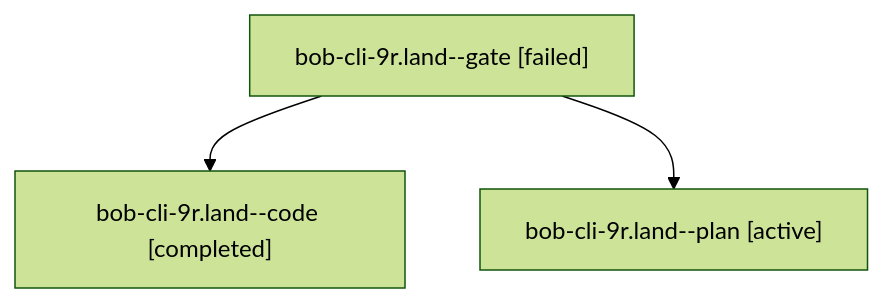
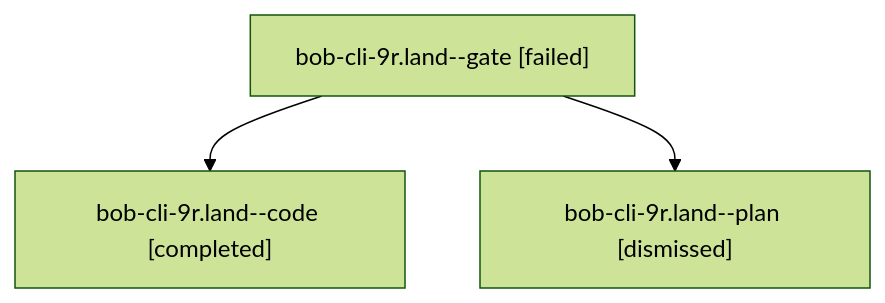
Before and after one commit to bobs-org/bob-cli--agents: the diagram in sessions/bbugyi200.athena.bob-cli-9r.land.md, drawn with Mermaid (forest theme). The commit also changed other lines of this file and 76 other files, not shown here.

````diff
--- a/sessions/bbugyi200.athena.bob-cli-9r.land.md
+++ b/sessions/bbugyi200.athena.bob-cli-9r.land.md
@@ -9,8 +9,8 @@
 ```mermaid
 flowchart TD
   n0["bob-cli-9r.land--gate [failed]"]
   n1["bob-cli-9r.land--code [completed]"]
   n0 --> n1
-  n2["bob-cli-9r.land--plan [active]"]
+  n2["bob-cli-9r.land--plan [dismissed]"]
   n0 --> n2
 ```
````
